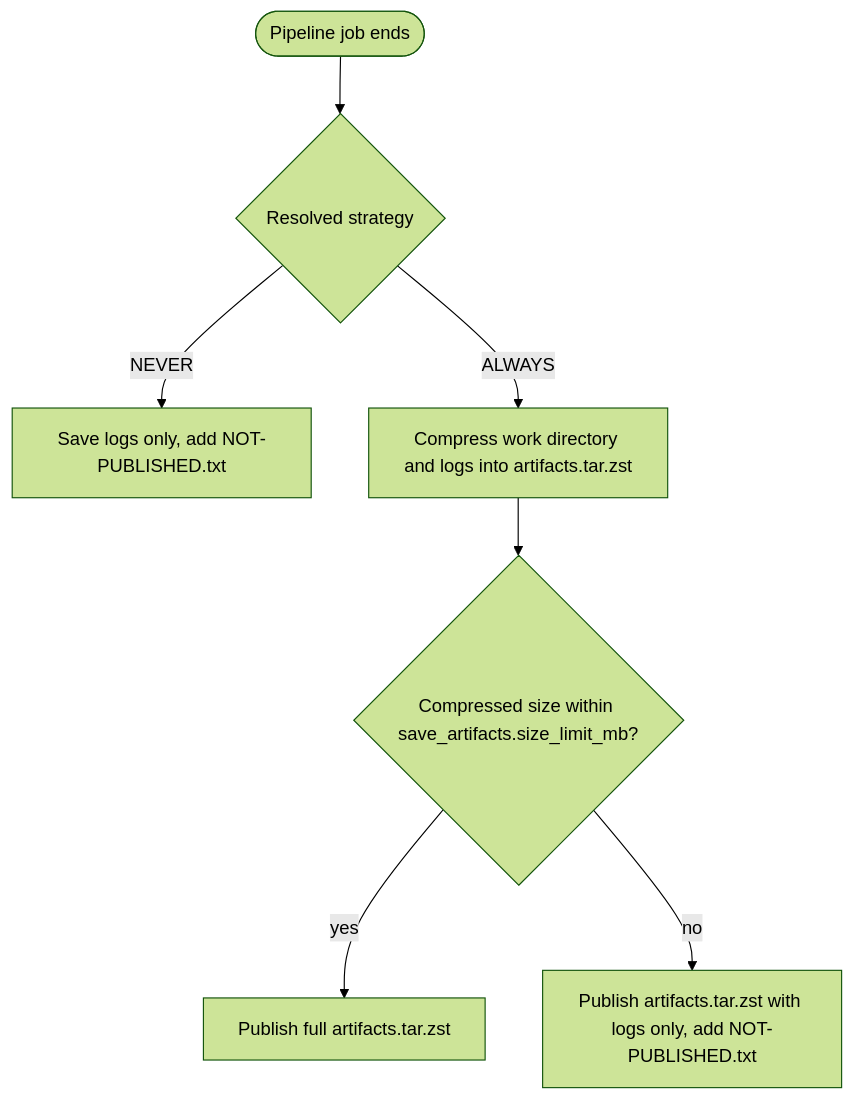
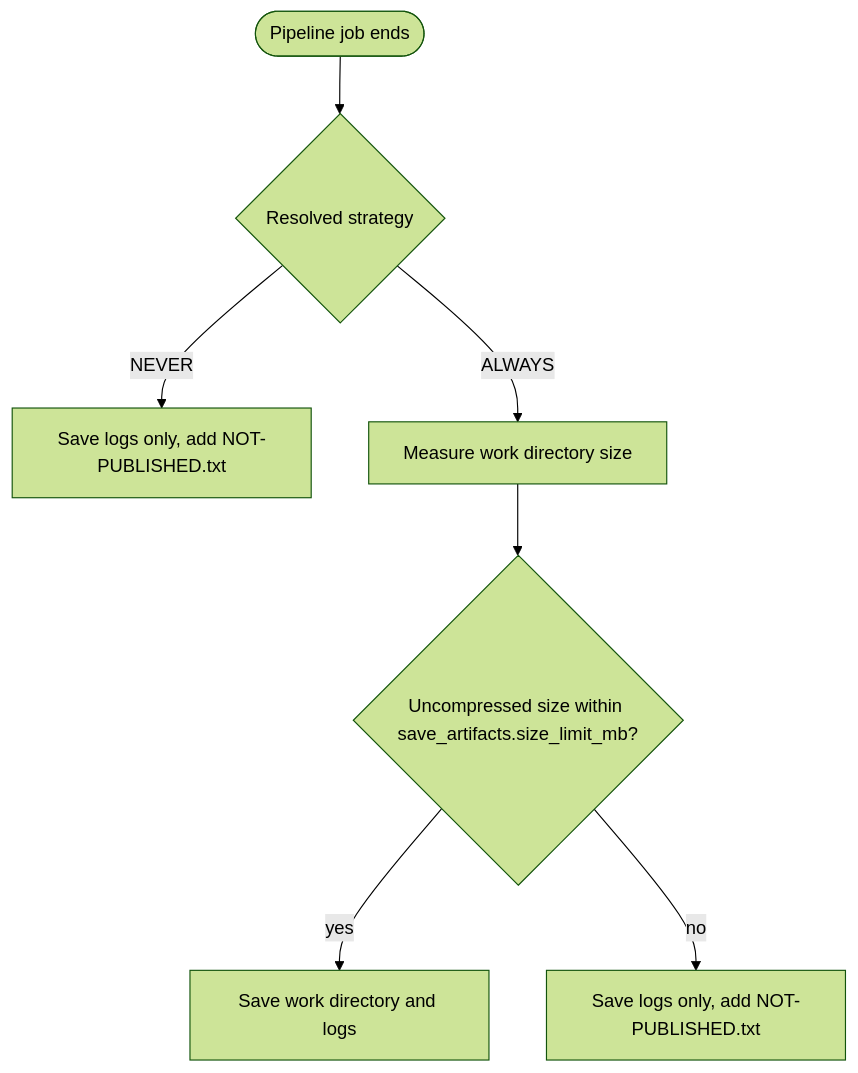
The diagram in docs/features/troubleshooting-artifacts.md (Netcracker/qubership-envgene), drawn with Mermaid (forest theme) before and after one commit. The commit also changed other lines of this file and 4 other files, not shown here.

First line of the commit message:
docs: gate artifact on uncompressed work dir size, sbom cap 50 MB

````diff
--- a/docs/features/troubleshooting-artifacts.md
+++ b/docs/features/troubleshooting-artifacts.md
@@ -86,9 +85,9 @@
 ```mermaid
 flowchart TD
     A([Pipeline job ends]) --> B{Resolved strategy}
     B -->|NEVER| C[Save logs only, add NOT-PUBLISHED.txt]
-    B -->|ALWAYS| D[Compress work directory and logs into artifacts.tar.zst]
-    D --> E{Compressed size within save_artifacts.size_limit_mb?}
-    E -->|yes| F[Publish full artifacts.tar.zst]
-    E -->|no| G[Publish artifacts.tar.zst with logs only, add NOT-PUBLISHED.txt]
+    B -->|ALWAYS| D[Measure work directory size]
+    D --> E{Uncompressed size within save_artifacts.size_limit_mb?}
+    E -->|yes| F[Save work directory and logs]
+    E -->|no| G[Save logs only, add NOT-PUBLISHED.txt]
 ```
````
